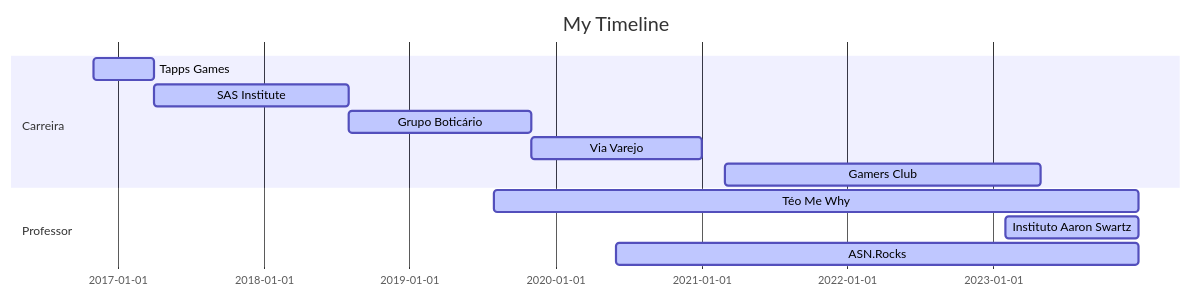
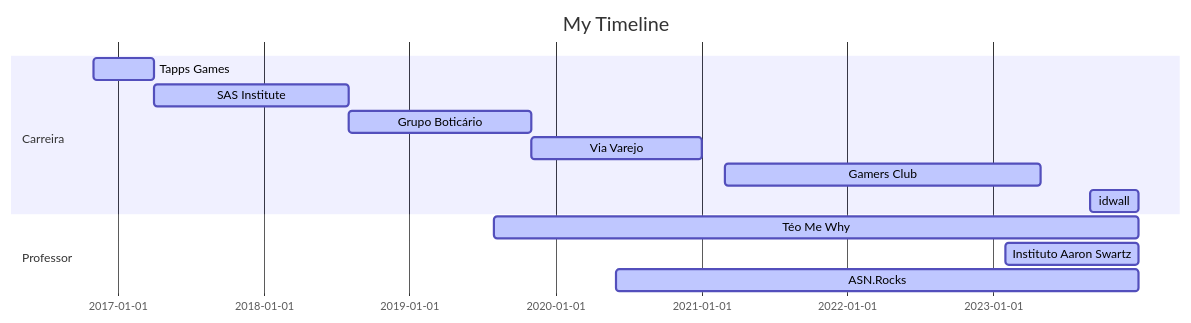
One commit to TeoCalvo/TeoCalvo changed the diagram in README.md. Above: the diagram before and after it, drawn with Mermaid.

````diff
--- a/README.md
+++ b/README.md
@@ -6,18 +6,19 @@
 ```mermaid
 
 gantt
 dateFormat  YYYY-MM-DD
 title My Timeline
 
 section Carreira
 Tapps Games           :active,, 2016-11-01,2017-04-01
 SAS Institute         :active,, 2017-04-01,2018-08-01
 Grupo Boticário       :active,, 2018-08-01,2019-11-01
 Via Varejo            :active,, 2019-11-01,2021-01-01
 Gamers Club           :active,, 2021-03-01,2023-05-01
+idwall                :active,, 2023-09-01,2023-12-31
 
 section Professor
 Téo Me Why             :active,, 2019-08-01,2023-12-31
 Instituto Aaron Swartz :active,, 2023-02-01,2023-12-31
 ASN.Rocks              :active,, 2020-06-01,2023-12-31
 ```
````
